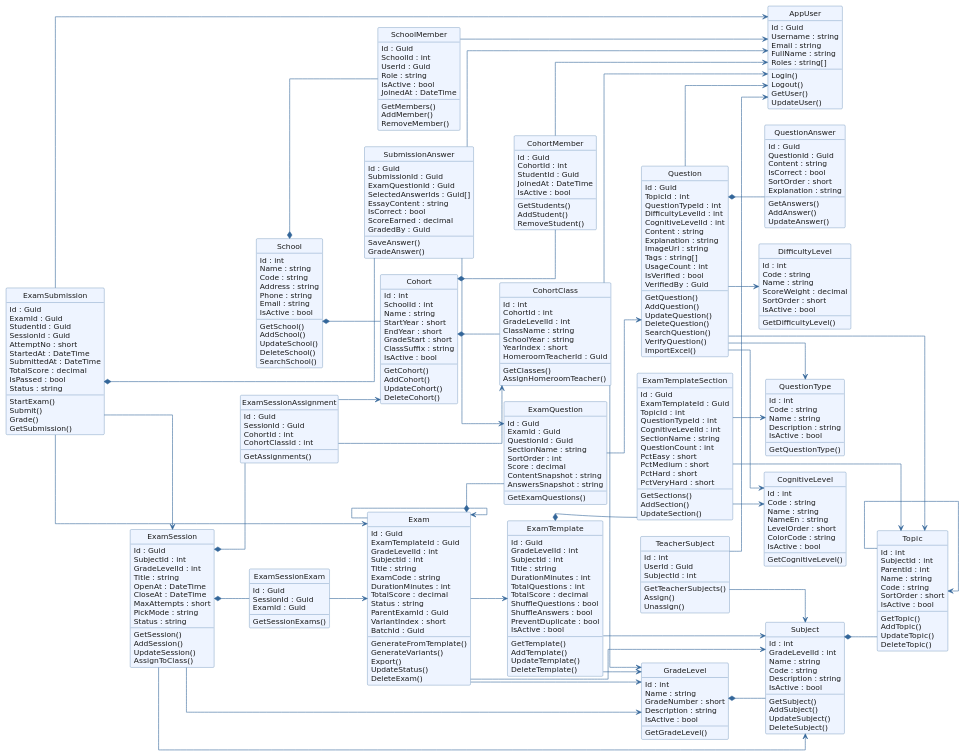
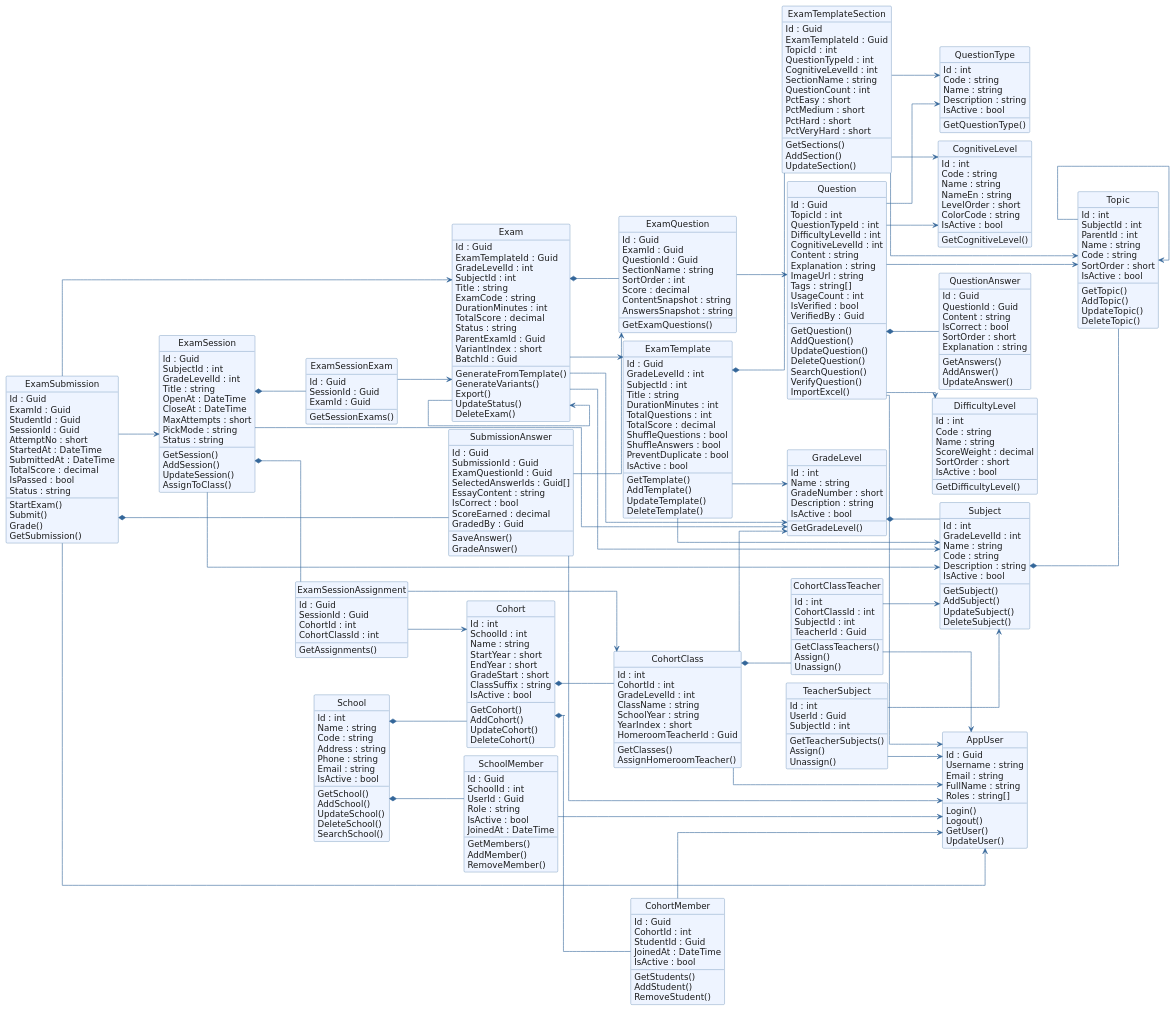
The diagram in uml/diagrams/class-diagram.puml (trantrungno3/ExamHub), drawn with PlantUML before and after one commit. The commit also changed 5 other files, not shown here.

Commit message:
docs(uml): update class diagram & ERD sources + rendered png/svg

```diff
--- a/uml/diagrams/class-diagram.puml
+++ b/uml/diagrams/class-diagram.puml
@@ -1,8 +1,8 @@
 @startuml
 skinparam defaultFontName DejaVu Sans
-skinparam defaultFontSize 13
-skinparam Nodesep 28
-skinparam Ranksep 45
+skinparam defaultFontSize 15
+skinparam Nodesep 14
+skinparam Ranksep 70
 skinparam roundcorner 4
 skinparam shadowing false
 skinparam linetype ortho
@@ -138,6 +138,16 @@
     UserId : Guid
     SubjectId : int
     GetTeacherSubjects()
+    Assign()
+    Unassign()
+}
+
+class CohortClassTeacher {
+    Id : int
+    CohortClassId : int
+    SubjectId : int
+    TeacherId : Guid
+    GetClassTeachers()
     Assign()
     Unassign()
 }
@@ -345,6 +355,7 @@
 School *-- SchoolMember       /' 1 trường sở hữu nhiều thành viên (giáo viên / quản trị) '/
 School *-- Cohort             /' 1 trường sở hữu nhiều khoá học '/
 Cohort *-- CohortClass        /' 1 khoá sinh ra & sở hữu nhiều lớp học '/
+CohortClass *-- CohortClassTeacher /' 1 lớp sở hữu các bản ghi phân công GV bộ môn '/
 Cohort *-- CohortMember       /' 1 khoá quản lý danh sách học sinh của khoá '/
 GradeLevel *-- Subject        /' 1 khối lớp gồm nhiều môn học '/
 Subject *-- Topic             /' 1 môn học gồm nhiều chủ đề / chương '/
@@ -373,6 +384,9 @@
 TeacherSubject --> AppUser     /' Bản ghi phân công ứng với 1 giáo viên '/
 TeacherSubject --> Subject     /' Giáo viên được phân công dạy 1 môn '/
 
+CohortClassTeacher --> Subject /' Phân công theo 1 môn học (1 môn/lớp = 1 GV) '/
+CohortClassTeacher --> AppUser /' Giáo viên được phân công giảng dạy lớp '/
+
 ExamTemplate --> GradeLevel    /' Mẫu đề dành cho 1 khối lớp '/
 ExamTemplate --> Subject       /' Mẫu đề thuộc 1 môn học '/
 ExamTemplateSection --> Topic  /' Phần đề lọc câu theo chủ đề (tuỳ chọn) '/
```
